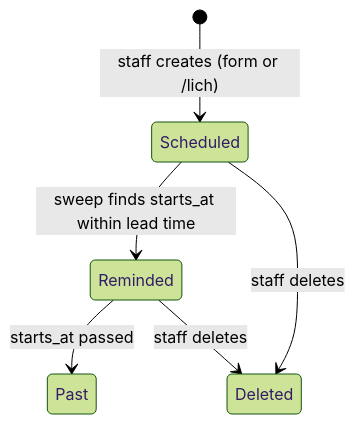
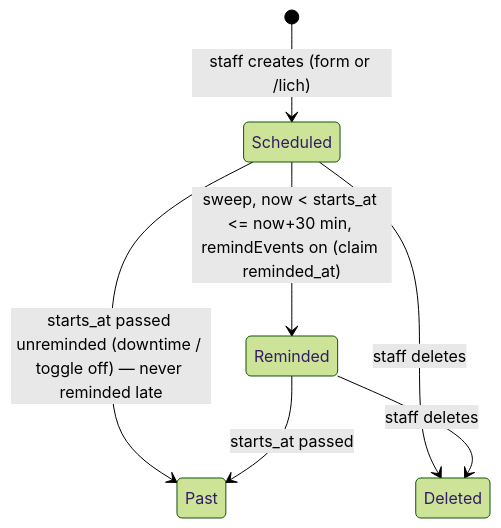
Before and after one commit to nguyencongminh090/gomoku-vn: the diagram in features/club-calendar/diagram/state.md, drawn with Mermaid (forest theme). The commit also changed 43 other files, not shown here.

````diff
--- a/features/club-calendar/diagram/state.md
+++ b/features/club-calendar/diagram/state.md
@@ -3,8 +3,9 @@
 ```mermaid
 stateDiagram-v2
   [*] --> Scheduled: staff creates (form or /lich)
-  Scheduled --> Reminded: sweep finds starts_at within lead time
+  Scheduled --> Reminded: sweep, now < starts_at <= now+30 min, remindEvents on (claim reminded_at)
+  Scheduled --> Past: starts_at passed unreminded (downtime / toggle off) — never reminded late
   Reminded --> Past: starts_at passed
   Scheduled --> Deleted: staff deletes
   Reminded --> Deleted: staff deletes
 ```
````
